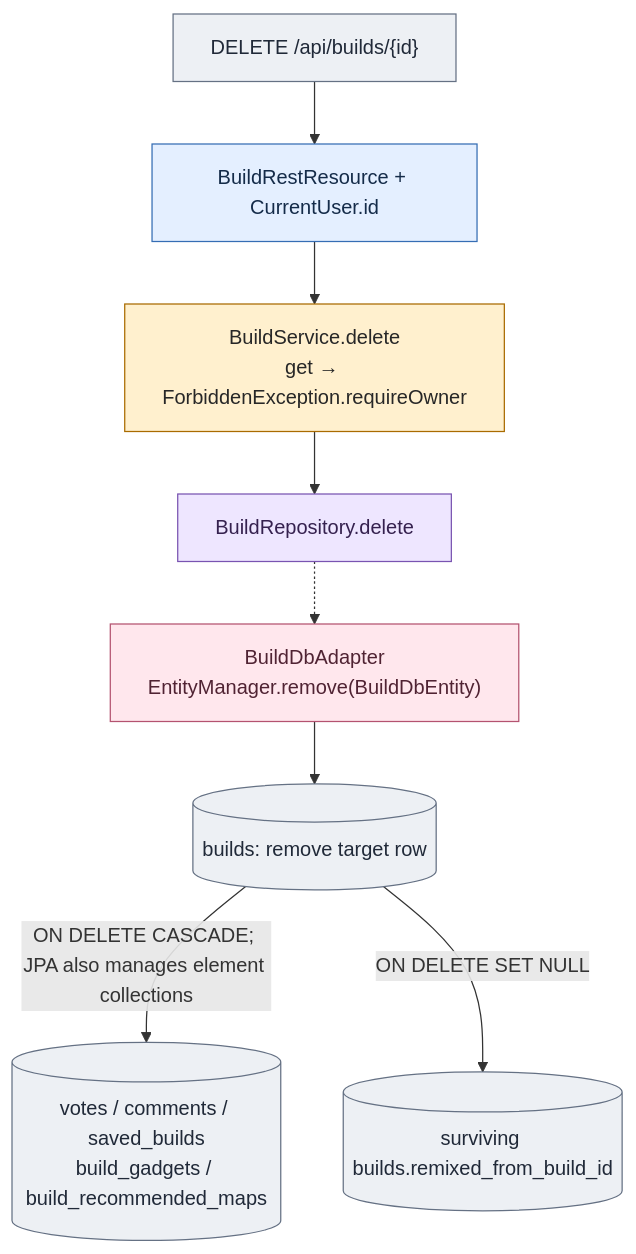
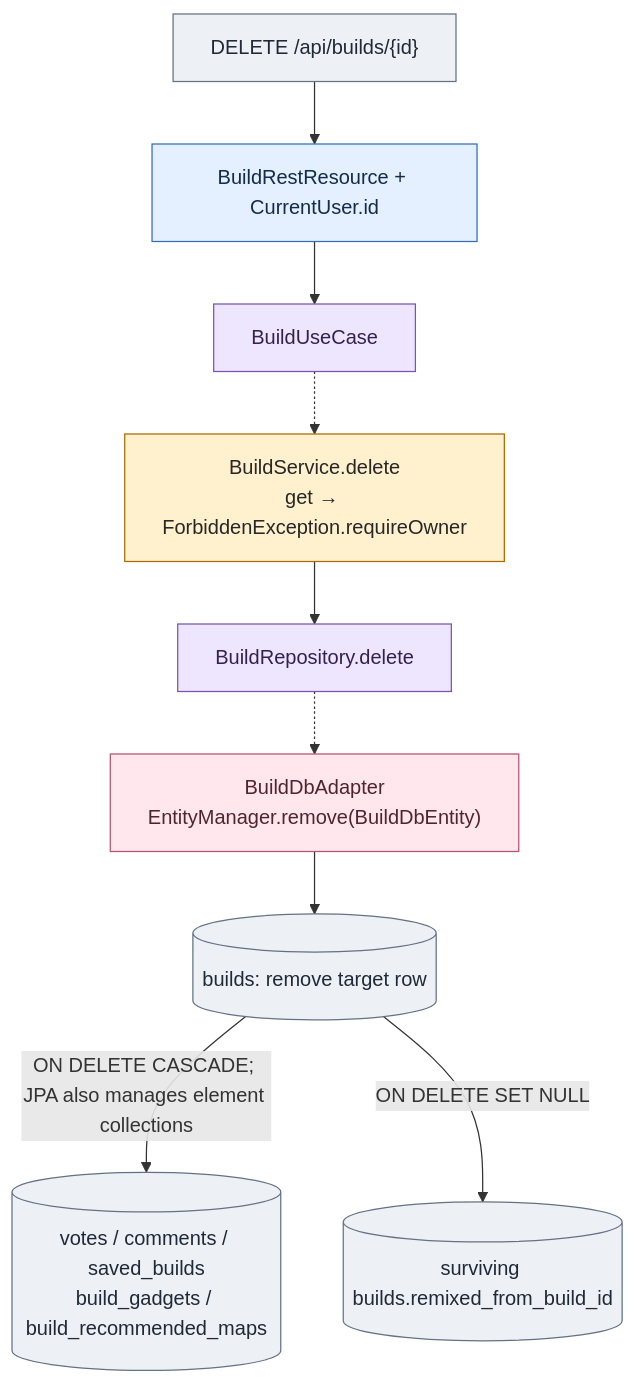
One commit to alexungu04genoff/RingLab changed the ninth of 31 diagrams in docs/architecture-atlas.md. Above: the diagram before and after it, drawn with Mermaid. The commit also changed other lines of this file and 100 other files, not shown here.

````diff
--- a/docs/architecture-atlas.md
+++ b/docs/architecture-atlas.md
@@ -497,15 +518,15 @@
 ```mermaid
 flowchart TB
   h["DELETE /api/builds/{id}"]:::outside --> r["BuildRestResource + CurrentUser.id"]:::rest
-  r --> s["BuildService.delete<br/>get → ForbiddenException.requireOwner"]:::app
+  r --> input["BuildUseCase"]:::port -.-> s["BuildService.delete<br/>get → ForbiddenException.requireOwner"]:::app
   s --> p["BuildRepository.delete"]:::port
   p -.-> a["BuildDbAdapter<br/>EntityManager.remove(BuildDbEntity)"]:::adapter
   a --> b[("builds: remove target row")]:::outside
   b -->|"ON DELETE CASCADE; JPA also manages element collections"| deps[("votes / comments / saved_builds<br/>build_gadgets / build_recommended_maps")]:::outside
   b -->|"ON DELETE SET NULL"| remix[("surviving builds.remixed_from_build_id")]:::outside
   classDef rest fill:#e4efff,stroke:#356db4,color:#142b49
   classDef app fill:#fff0ce,stroke:#a96b00,color:#272727
   classDef port fill:#eee6ff,stroke:#7954b1,color:#35214f
   classDef adapter fill:#ffe7ed,stroke:#b45370,color:#502333
   classDef outside fill:#edf0f4,stroke:#657184,color:#202938
 ```
````
